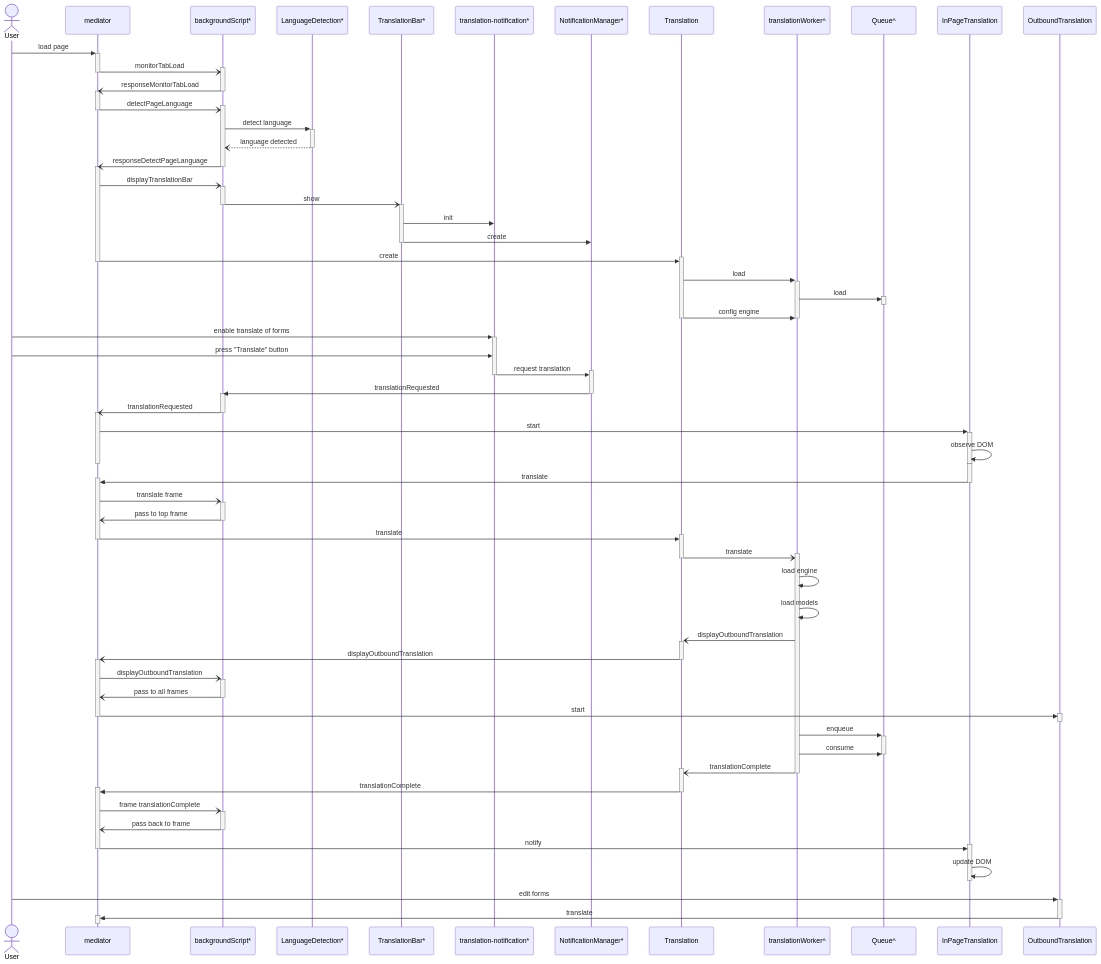
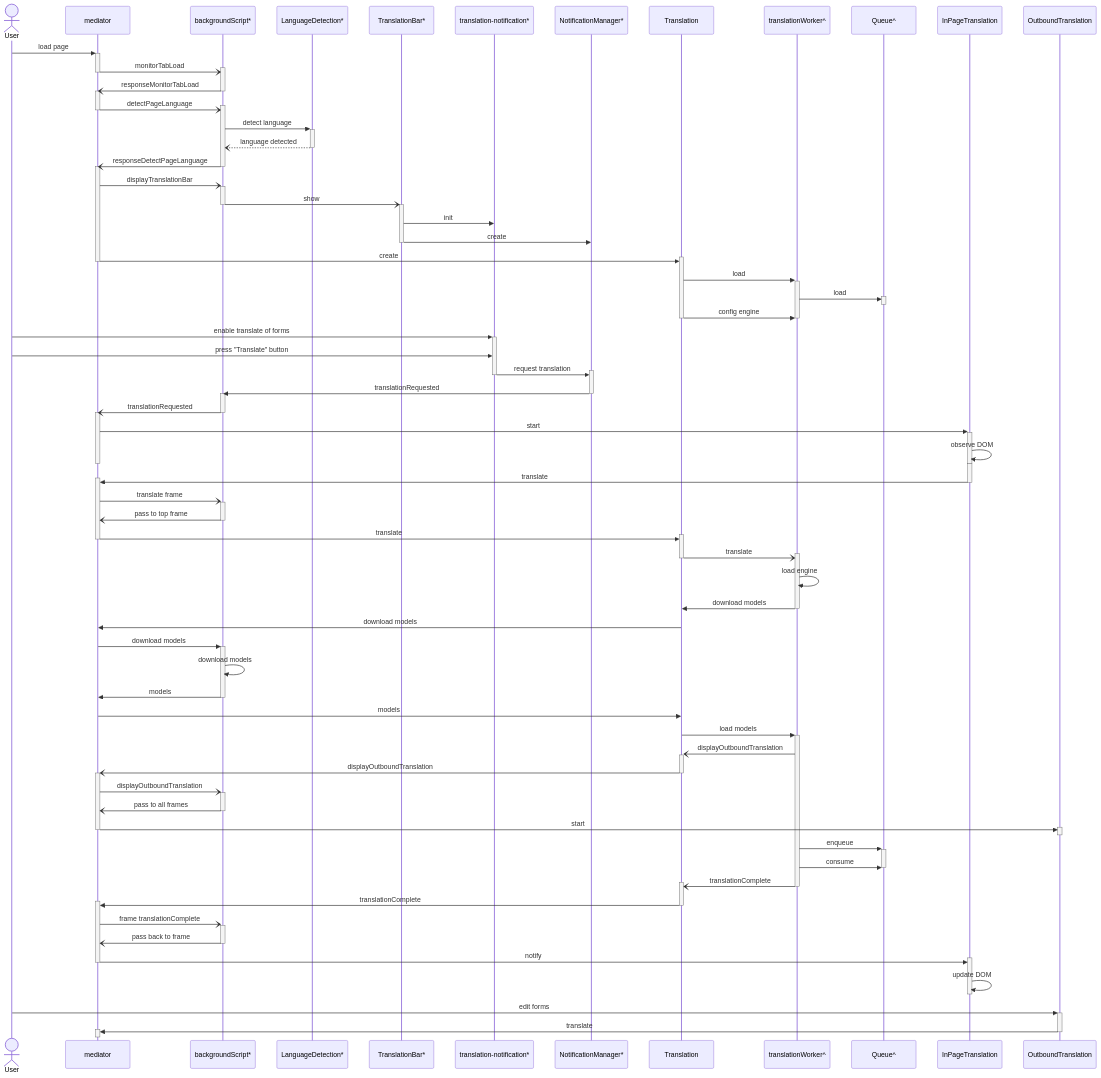
One commit to mozilla/firefox-translations changed the diagram in docs/sequence.md. Above: the diagram before and after it, drawn with Mermaid. The commit also changed 1 other file, not shown here.

Commit message:
Update sequence diagram (#345)
* Updated sequence diagram for new Model downloading architecture

* Minor update

* Update sequence.md as well

* Fixing error

* More error fixes

```diff
--- a/docs/sequence.md
+++ b/docs/sequence.md
@@ -67,7 +67,15 @@
     t-)+w: translate
     deactivate t
     w->>w: load engine
-    w->>w: load models
+    w->>t: download models
+    deactivate w
+    t->>m: download models
+    m->>+bg: download models
+    bg->>bg: download models
+    bg->>m: models
+    deactivate bg
+    m->>t: models
+    t->>+w: load models
     w-)+t: displayOutboundTranslation
     t-)+m: displayOutboundTranslation
     deactivate t
```
